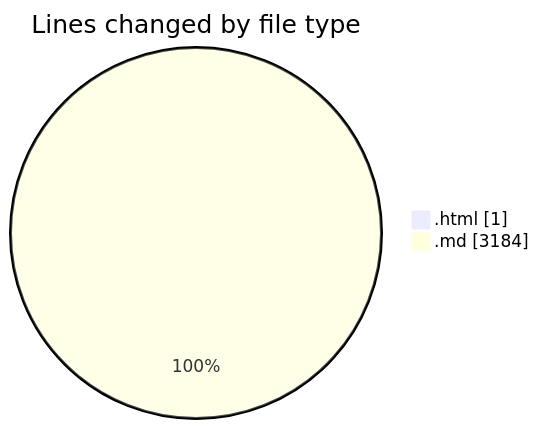
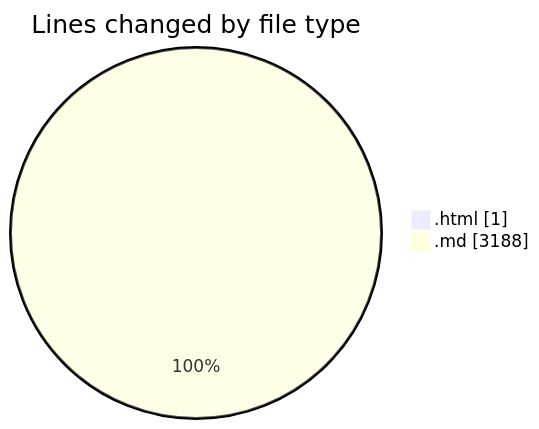
The first of 2 diagrams in 2025-07-08/urlwebwala_intership_work/README.md (Ritupan-Deka/code-tracking), drawn with Mermaid before and after one commit. The commit also changed other lines of this file and 1 other file, not shown here.

````diff
--- a/2025-07-08/urlwebwala_intership_work/README.md
+++ b/2025-07-08/urlwebwala_intership_work/README.md
@@ -21,6 +21,6 @@
 ```mermaid
 pie showData
 title Lines changed by file type
 ".html" : 1
-".md" : 3184
+".md" : 3188
 ```
````
